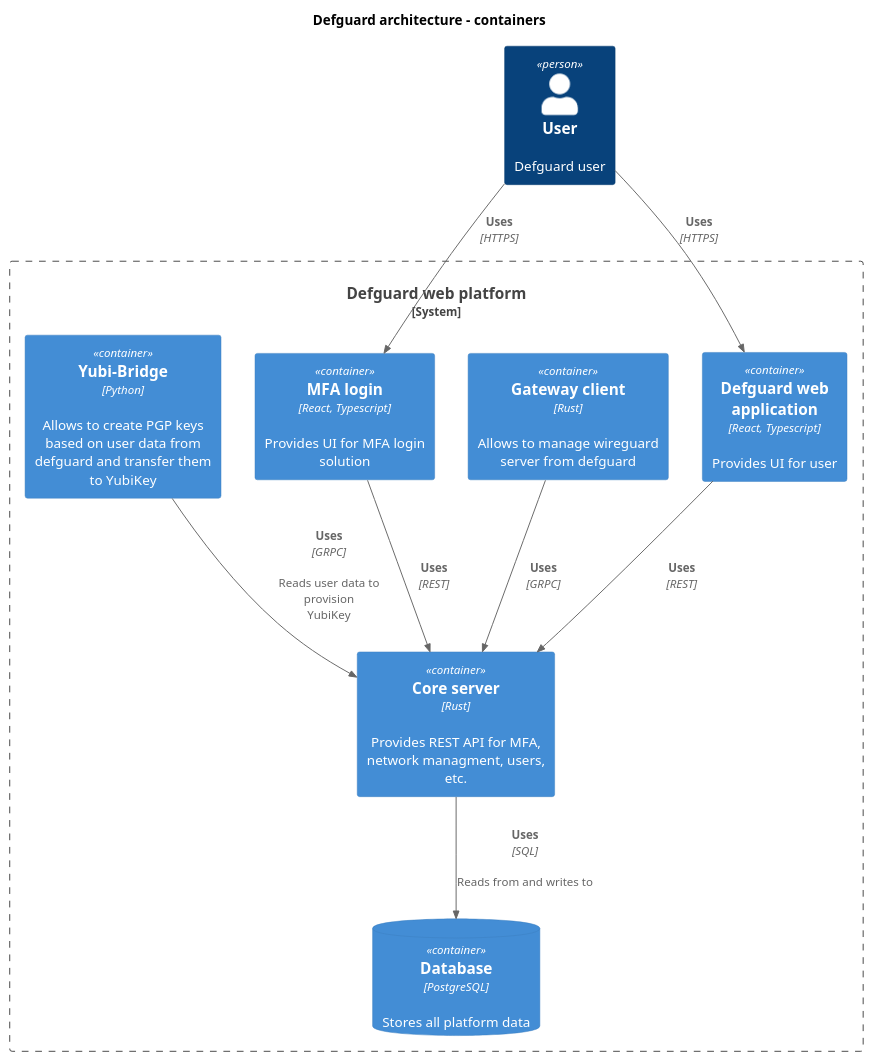
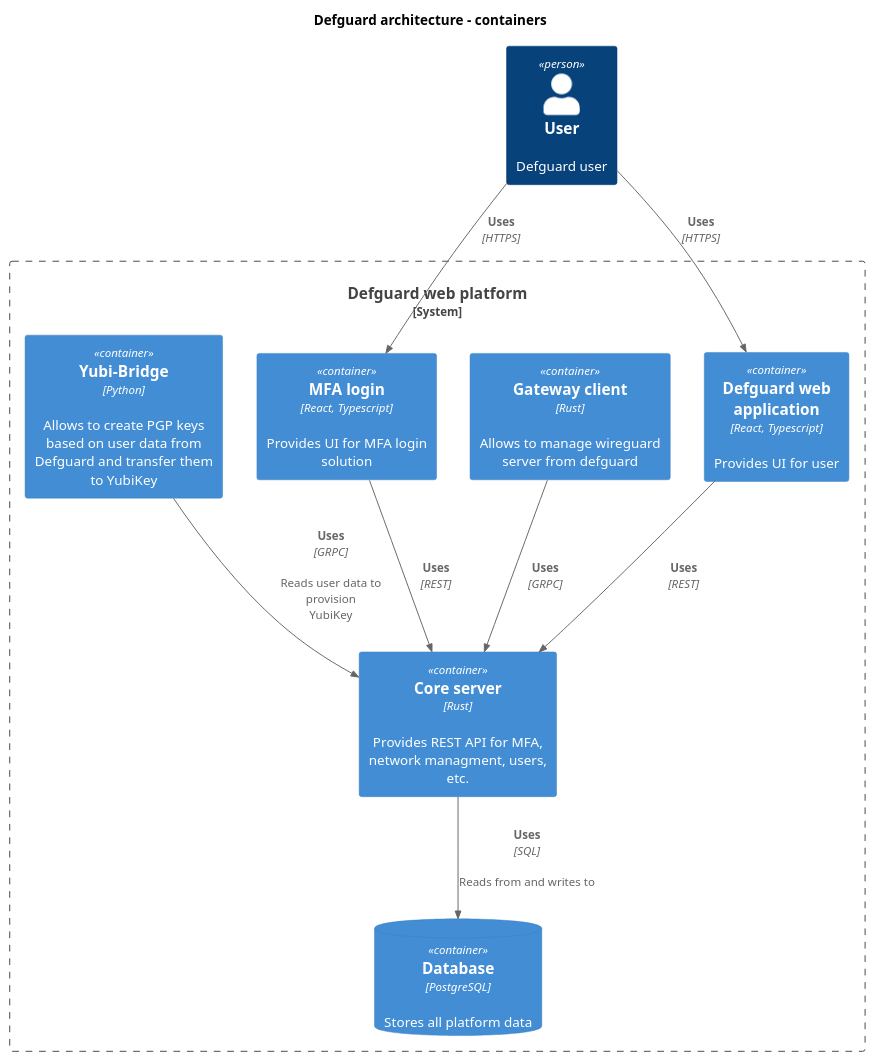
The diagram in in-depth/puml/architecture-containers.puml (DefGuard/docs), drawn with PlantUML before and after one commit. The commit also changed 23 other files, not shown here.

```diff
--- a/in-depth/puml/architecture-containers.puml
+++ b/in-depth/puml/architecture-containers.puml
@@ -1,21 +1,21 @@
 @startuml 
 title Defguard architecture - containers
 !include https://raw.githubusercontent.com/plantuml-stdlib/C4-PlantUML/master/C4_Container.puml
 
 Person(user, "User", "Defguard user")
 System_Boundary(c1, "Defguard web platform") {
     Container(mfa, "MFA login", "React, Typescript", "Provides UI for MFA login solution")
     Container(core_server, "Core server", "Rust", "Provides REST API for MFA, network managment, users, etc.")
     Container(gateway, "Gateway client", "Rust", "Allows to manage wireguard server from defguard")
     Container(web_app, "Defguard web application", "React, Typescript", "Provides UI for user")
     ContainerDb(db, "Database", "PostgreSQL", "Stores all platform data")
-    Container(yubibridge, "Yubi-Bridge", "Python", "Allows to create PGP keys based on user data from defguard and transfer them to YubiKey")
+    Container(yubibridge, "Yubi-Bridge", "Python", "Allows to create PGP keys based on user data from Defguard and transfer them to YubiKey")
 }
 Rel(user, mfa, "Uses", "HTTPS", $tags="firewall")
 Rel(user, web_app, "Uses", "HTTPS", $tags="firewall")
 Rel(web_app, core_server, "Uses", "REST")
 Rel(mfa, core_server, "Uses", "REST")
 Rel(gateway, core_server, "Uses", "GRPC","")
 Rel(core_server, db, "Uses", "SQL", "Reads from and writes to")
 Rel(yubibridge, core_server, "Uses", "GRPC", "Reads user data to provision YubiKey")
 @enduml
```
